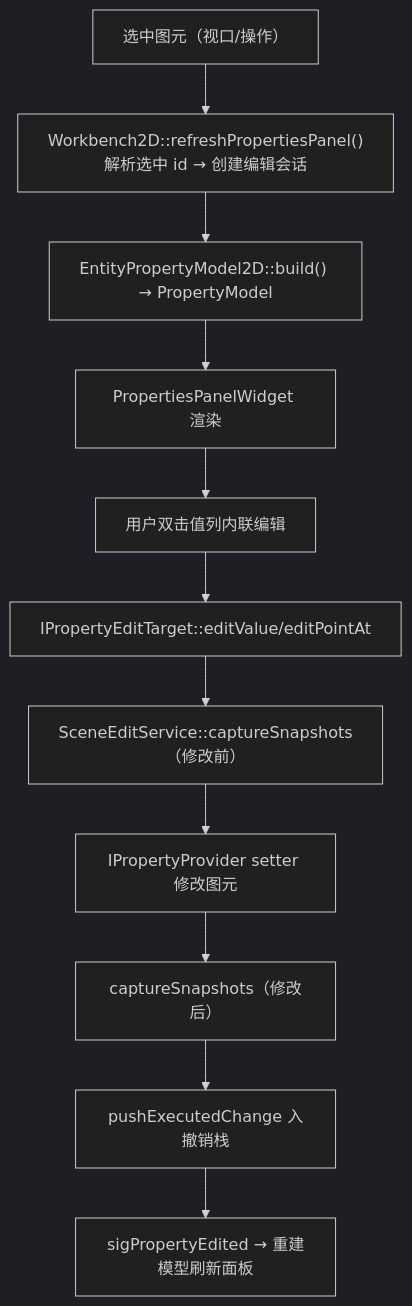
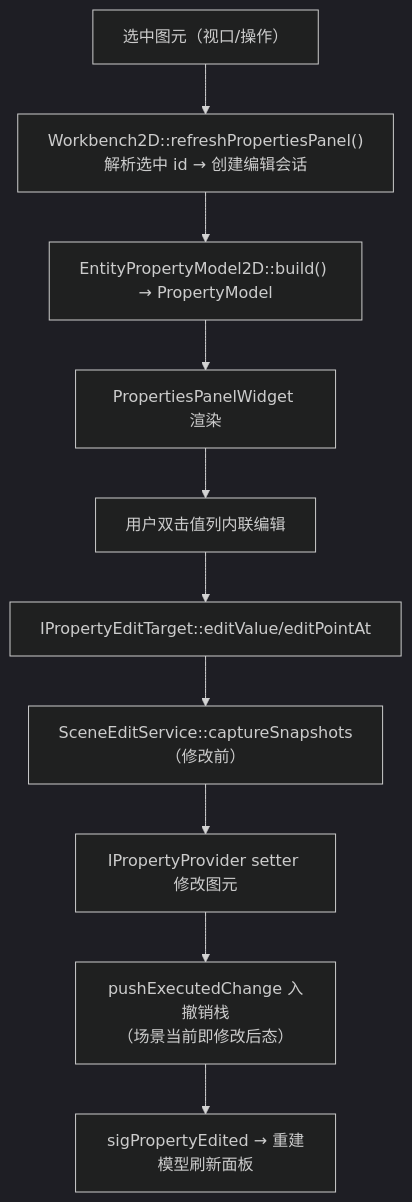
Diagram 12 of 16 in Docs/01-当前架构/UI交互流程.md (yulinxx/CAD), drawn with Mermaid (dark theme) before and after one commit. The commit also changed 58 other files, not shown here.

````diff
--- a/Docs/01-当前架构/UI交互流程.md
+++ b/Docs/01-当前架构/UI交互流程.md
@@ -296,13 +296,12 @@
 ```mermaid
 flowchart TD
     Sel["选中图元（视口/操作）"] --> Bind["Workbench2D::refreshPropertiesPanel()<br/>解析选中 id → 创建编辑会话"]
     Bind --> Model["EntityPropertyModel2D::build() → PropertyModel"]
     Model --> Render["PropertiesPanelWidget 渲染"]
     Render --> Edit["用户双击值列内联编辑"]
     Edit --> Target["IPropertyEditTarget::editValue/editPointAt"]
     Target --> Snap["SceneEditService::captureSnapshots（修改前）"]
     Snap --> Set["IPropertyProvider setter 修改图元"]
-    Set --> Snap2["captureSnapshots（修改后）"]
-    Snap2 --> Push["pushExecutedChange 入撤销栈"]
+    Set --> Push["pushExecutedChange 入撤销栈<br/>（场景当前即修改后态）"]
     Push --> Rebuild["sigPropertyEdited → 重建模型刷新面板"]
 ```
````
